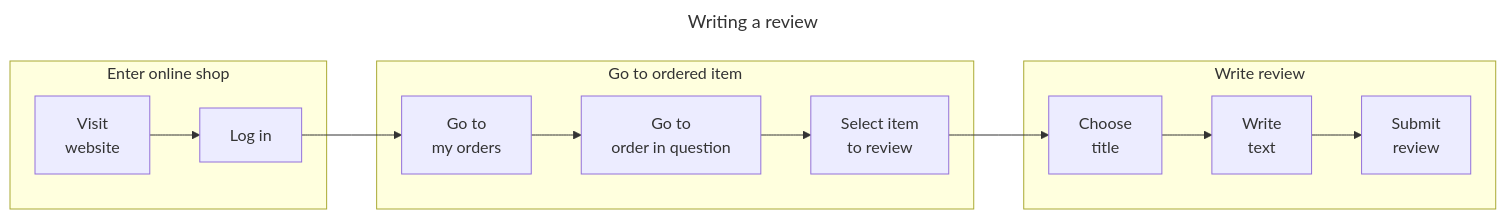
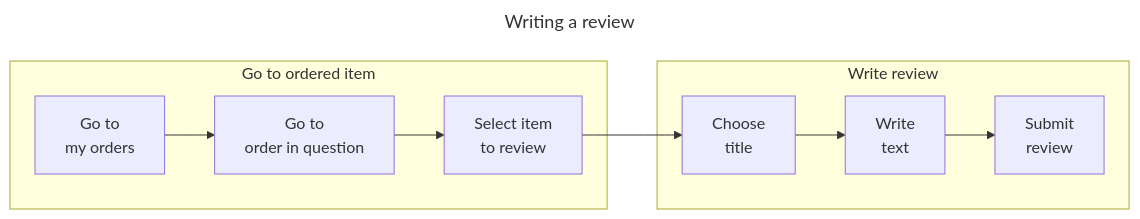
One commit to qw3ry/misarch-docs changed the diagram in image-sources/diagrams/user-journeys/journey-writing-review.mmd. Above: the diagram before and after it, drawn with Mermaid. The commit also changed 32 other files, not shown here.

Commit message:
Removed login overhead from the user-journey diagrams

```diff
--- a/image-sources/diagrams/user-journeys/journey-writing-review.mmd
+++ b/image-sources/diagrams/user-journeys/journey-writing-review.mmd
@@ -1,19 +1,15 @@
 ---
 title: Writing a review
 ---
 flowchart LR
-    subgraph Enter online shop
-        A["Visit\nwebsite"]
-        B["Log in"]
-    end
     subgraph Go to ordered item
         C["Go to \nmy orders"]
         D["Go to \norder in question"]
         E["Select item \nto review"]
     end
     subgraph Write review
         F["Choose \ntitle"]
         G["Write \ntext"]
         H["Submit \nreview"]
     end
-    A --> B --> C --> D --> E --> F --> G --> H
+    C --> D --> E --> F --> G --> H
```
